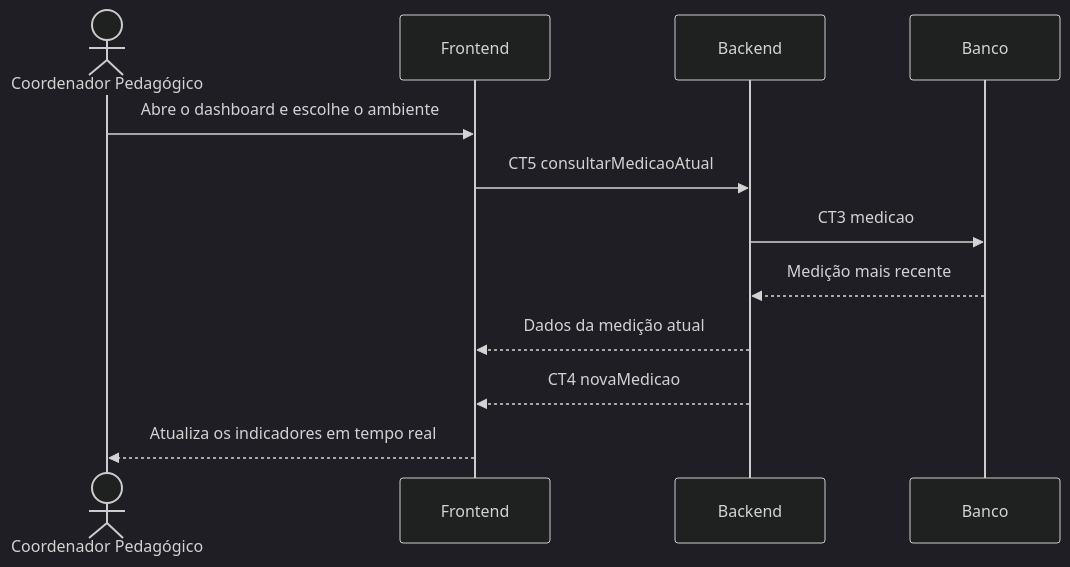
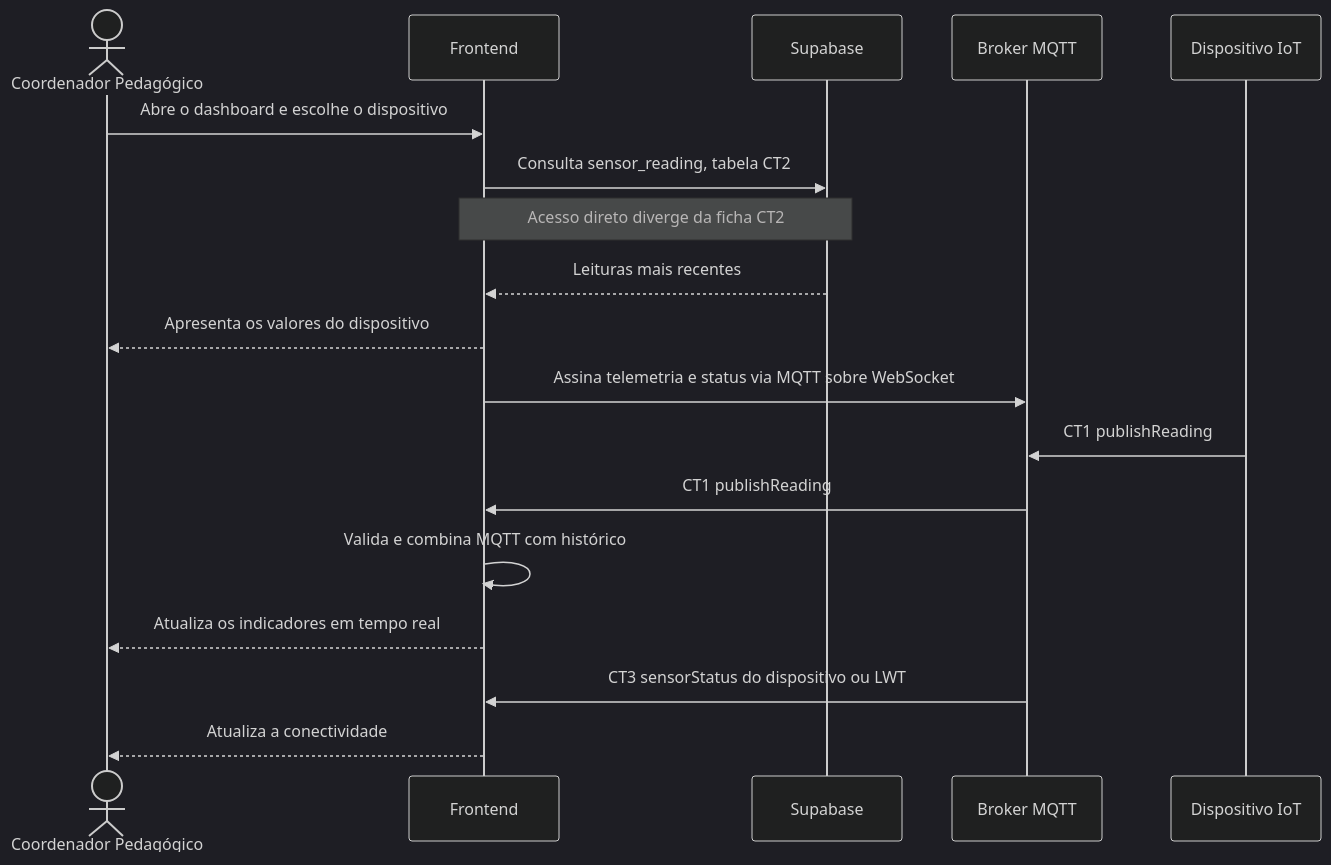
One commit to VitorBergantin/pi4-0102-g9 changed the diagram in docs/fluxos/E3-visualizacao-da-qualidade-do-ar.md. Above: the diagram before and after it, drawn with Mermaid (dark theme). The commit also changed other lines of this file and 6 other files, not shown here.

````diff
--- a/docs/fluxos/E3-visualizacao-da-qualidade-do-ar.md
+++ b/docs/fluxos/E3-visualizacao-da-qualidade-do-ar.md
@@ -17,14 +19,20 @@
 ```mermaid
 sequenceDiagram
     actor Coordenador as Coordenador Pedagógico
     participant Frontend
-    participant Backend
-    participant Banco
-    Coordenador->>Frontend: Abre o dashboard e escolhe o ambiente
-    Frontend->>Backend: CT5 consultarMedicaoAtual
-    Backend->>Banco: CT3 medicao
-    Banco-->>Backend: Medição mais recente
-    Backend-->>Frontend: Dados da medição atual
-    Backend-->>Frontend: CT4 novaMedicao
+    participant Supabase
+    participant Broker as Broker MQTT
+    participant IoT as Dispositivo IoT
+    Coordenador->>Frontend: Abre o dashboard e escolhe o dispositivo
+    Frontend->>Supabase: Consulta sensor_reading, tabela CT2
+    Note over Frontend,Supabase: Acesso direto diverge da ficha CT2
+    Supabase-->>Frontend: Leituras mais recentes
+    Frontend-->>Coordenador: Apresenta os valores do dispositivo
+    Frontend->>Broker: Assina telemetria e status via MQTT sobre WebSocket
+    IoT->>Broker: CT1 publishReading
+    Broker->>Frontend: CT1 publishReading
+    Frontend->>Frontend: Valida e combina MQTT com histórico
     Frontend-->>Coordenador: Atualiza os indicadores em tempo real
+    Broker->>Frontend: CT3 sensorStatus do dispositivo ou LWT
+    Frontend-->>Coordenador: Atualiza a conectividade
 ```
````
